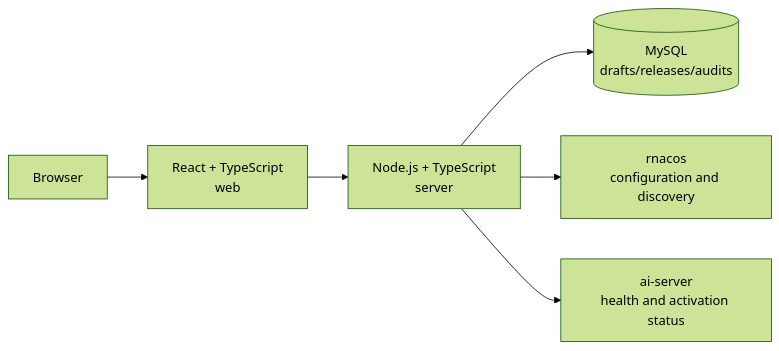
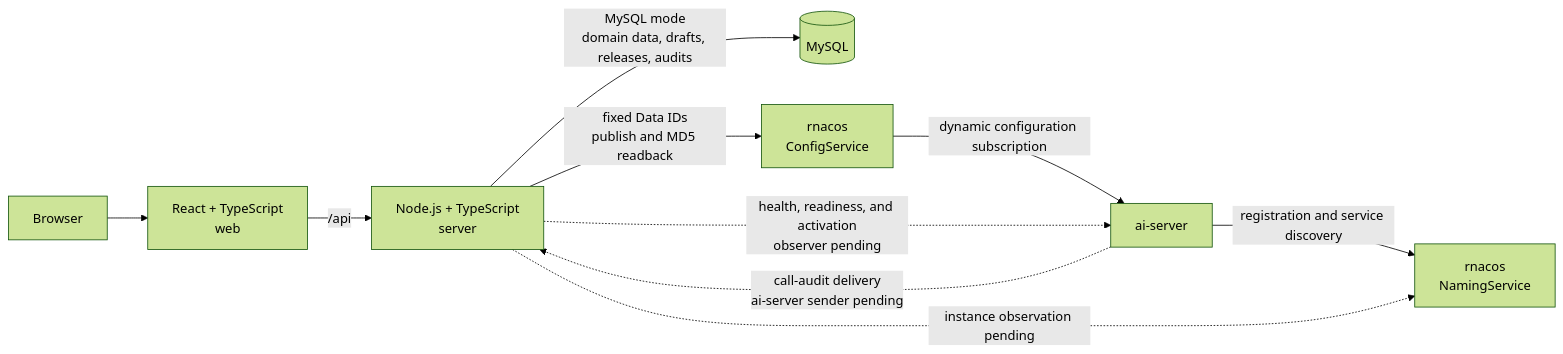
Before and after one commit to fiber-net-gateway/ai-gateway: the diagram in README.md, drawn with Mermaid (forest theme). The commit also changed other lines of this file and 1 other file, not shown here.

Commit message:
docs: correct README architecture

````diff
--- a/README.md
+++ b/README.md
@@ -27,8 +28,12 @@
 ```mermaid
 flowchart LR
     B[Browser] --> W[React + TypeScript<br/>web]
-    W --> A[Node.js + TypeScript<br/>server]
-    A --> D[(MySQL<br/>drafts/releases/audits)]
-    A --> N[rnacos<br/>configuration and discovery]
-    A --> S[ai-server<br/>health and activation status]
+    W -->|/api| A[Node.js + TypeScript<br/>server]
+    A -->|MySQL mode<br/>domain data, drafts, releases, audits| D[(MySQL)]
+    A -->|fixed Data IDs<br/>publish and MD5 readback| C[rnacos<br/>ConfigService]
+    C -->|dynamic configuration subscription| S[ai-server]
+    S -->|registration and service discovery| N[rnacos<br/>NamingService]
+    S -.->|call-audit delivery<br/>ai-server sender pending| A
+    A -.->|health, readiness, and activation<br/>observer pending| S
+    A -.->|instance observation pending| N
 ```
````
